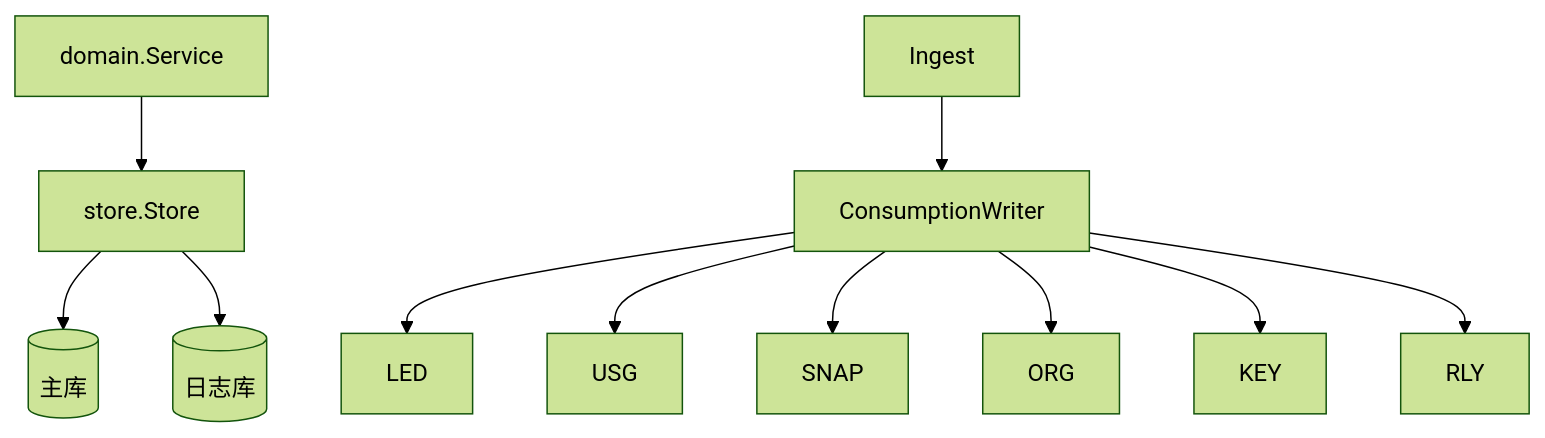
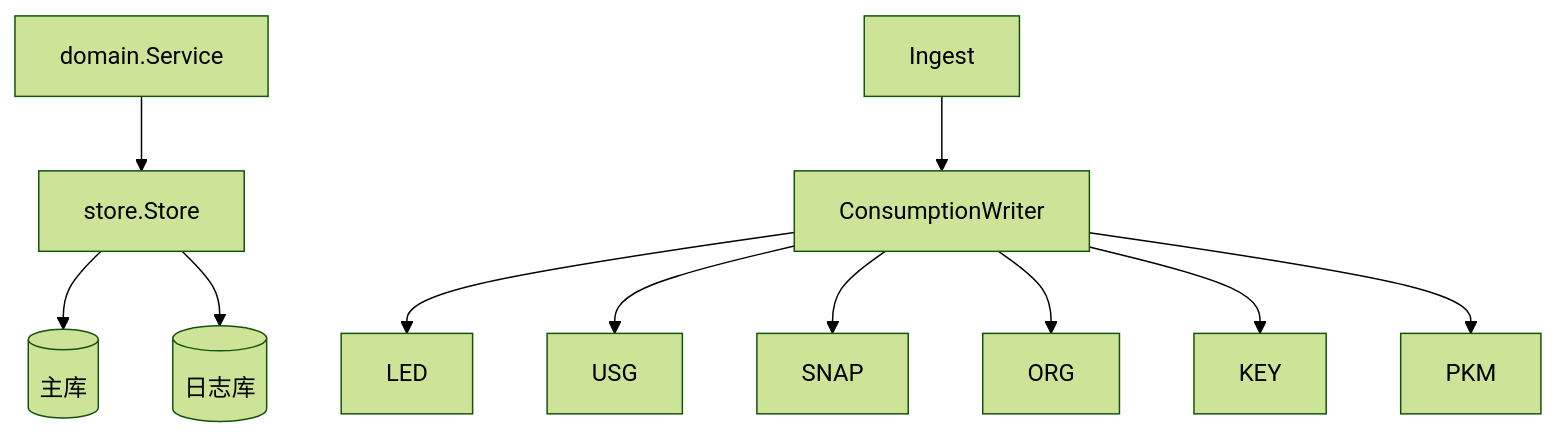
Before and after one commit to quyip8818/mytokenjoy: the third of 7 diagrams in docs/Backend-存储架构.md, drawn with Mermaid (forest theme). The commit also changed other lines of this file and 14 other files, not shown here.

````diff
--- a/docs/Backend-存储架构.md
+++ b/docs/Backend-存储架构.md
@@ -71,8 +71,8 @@
 ```mermaid
 flowchart TB
   SVC[domain.Service] --> ST[store.Store]
   ING[Ingest] --> CW[ConsumptionWriter]
-  CW --> LED & USG & SNAP & ORG & KEY & RLY
+  CW --> LED & USG & SNAP & ORG & KEY & PKM
   ST --> MAIN[(主库)]
   ST --> LOG[(日志库)]
 ```
````
